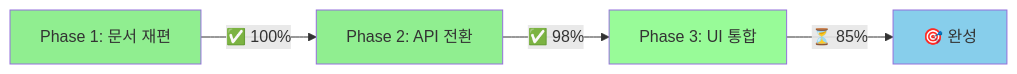
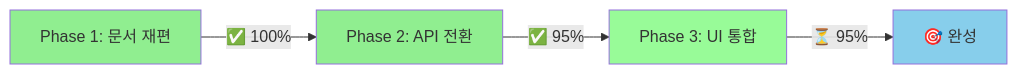
Before and after one commit to bzjay53/christmas: the diagram in CURRENT_PROJECT_STATUS_BRIEFING.md, drawn with Mermaid. The commit also changed other lines of this file and 7 other files, not shown here.

````diff
--- a/CURRENT_PROJECT_STATUS_BRIEFING.md
+++ b/CURRENT_PROJECT_STATUS_BRIEFING.md
@@ -22,11 +22,11 @@
 ```mermaid
 graph LR
     A[Phase 1: 문서 재편] -->|✅ 100%| B[Phase 2: API 전환]
-    B -->|✅ 98%| C[Phase 3: UI 통합]
-    C -->|⏳ 85%| D[🎯 완성]
+    B -->|✅ 95%| C[Phase 3: UI 통합]
+    C -->|⏳ 95%| D[🎯 완성]
     
     style A fill:#90EE90
     style B fill:#90EE90  
     style C fill:#98FB98
     style D fill:#87CEEB
 ```
````
